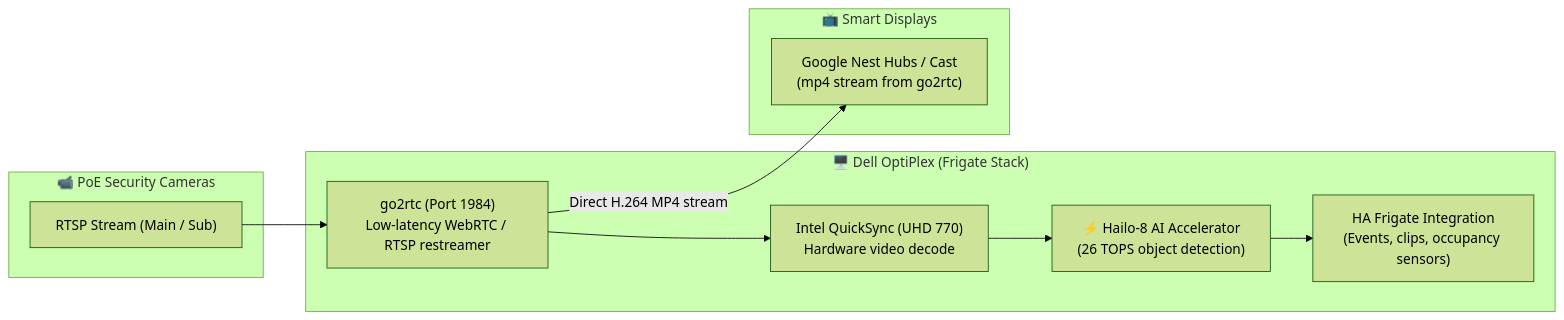
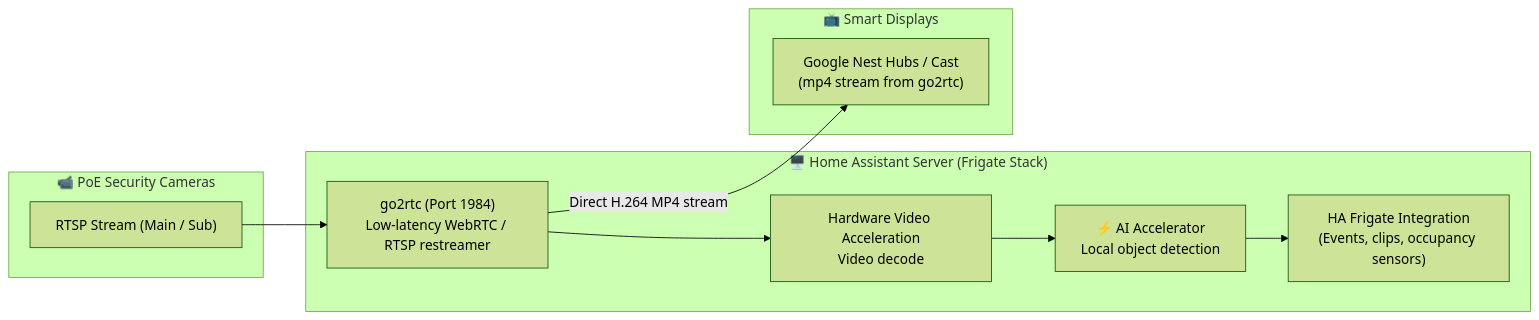
Before and after one commit to stephenwong/claude-homeassistant: the first of 4 diagrams in docs/wiki/Integrations-and-Runbooks.md, drawn with Mermaid (forest theme). The commit also changed other lines of this file and 3 other files, not shown here.

First line of the commit message:
docs: remove specific hardware models and generalize architecture

````diff
--- a/docs/wiki/Integrations-and-Runbooks.md
+++ b/docs/wiki/Integrations-and-Runbooks.md
@@ -11,21 +11,21 @@
 ```mermaid
 flowchart LR
     subgraph Cameras["📹 PoE Security Cameras"]
         RTSP["RTSP Stream (Main / Sub)"]
     end
 
-    subgraph VideoPipeline["🖥️ Dell OptiPlex (Frigate Stack)"]
+    subgraph VideoPipeline["🖥️ Home Assistant Server (Frigate Stack)"]
         G2R["go2rtc (Port 1984)<br/>Low-latency WebRTC / RTSP restreamer"]
-        QS["Intel QuickSync (UHD 770)<br/>Hardware video decode"]
-        Hailo["⚡ Hailo-8 AI Accelerator<br/>(26 TOPS object detection)"]
+        QS["Hardware Video Acceleration<br/>Video decode"]
+        AI_Acc["⚡ AI Accelerator<br/>Local object detection"]
         HA_Events["HA Frigate Integration<br/>(Events, clips, occupancy sensors)"]
     end
 
     subgraph Displays["📺 Smart Displays"]
         Nest["Google Nest Hubs / Cast<br/>(mp4 stream from go2rtc)"]
     end
 
     RTSP --> G2R
-    G2R --> QS --> Hailo --> HA_Events
+    G2R --> QS --> AI_Acc --> HA_Events
     G2R -->|"Direct H.264 MP4 stream"| Nest
 ```
````
